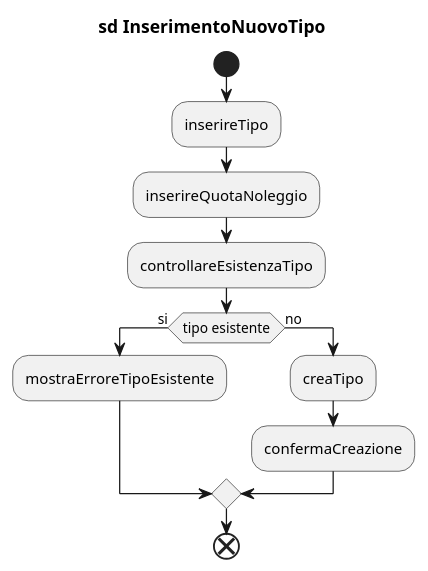
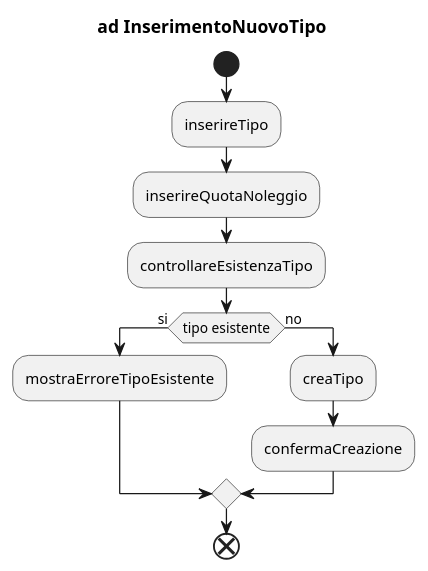
One commit to sprinja/Progetto_Shop_Strumenti_Musicali changed the diagram in uml/Diagrammi di attività/Diagrammadiattivita_InserimentoNuovoTipo.puml. Above: the diagram before and after it, drawn with PlantUML. The commit also changed 16 other files, not shown here.

```diff
--- a/uml/Diagrammi di attività/Diagrammadiattivita_InserimentoNuovoTipo.puml
+++ b/uml/Diagrammi di attività/Diagrammadiattivita_InserimentoNuovoTipo.puml
@@ -1,15 +1,15 @@
 @startuml
-title sd InserimentoNuovoTipo
+title ad InserimentoNuovoTipo
 
 start
 :inserireTipo;
 :inserireQuotaNoleggio;
 :controllareEsistenzaTipo;
 if (tipo esistente) then (si)
     :mostraErroreTipoEsistente;
 else (no)
     :creaTipo;
     :confermaCreazione;
 endif
 end
 @enduml
```
